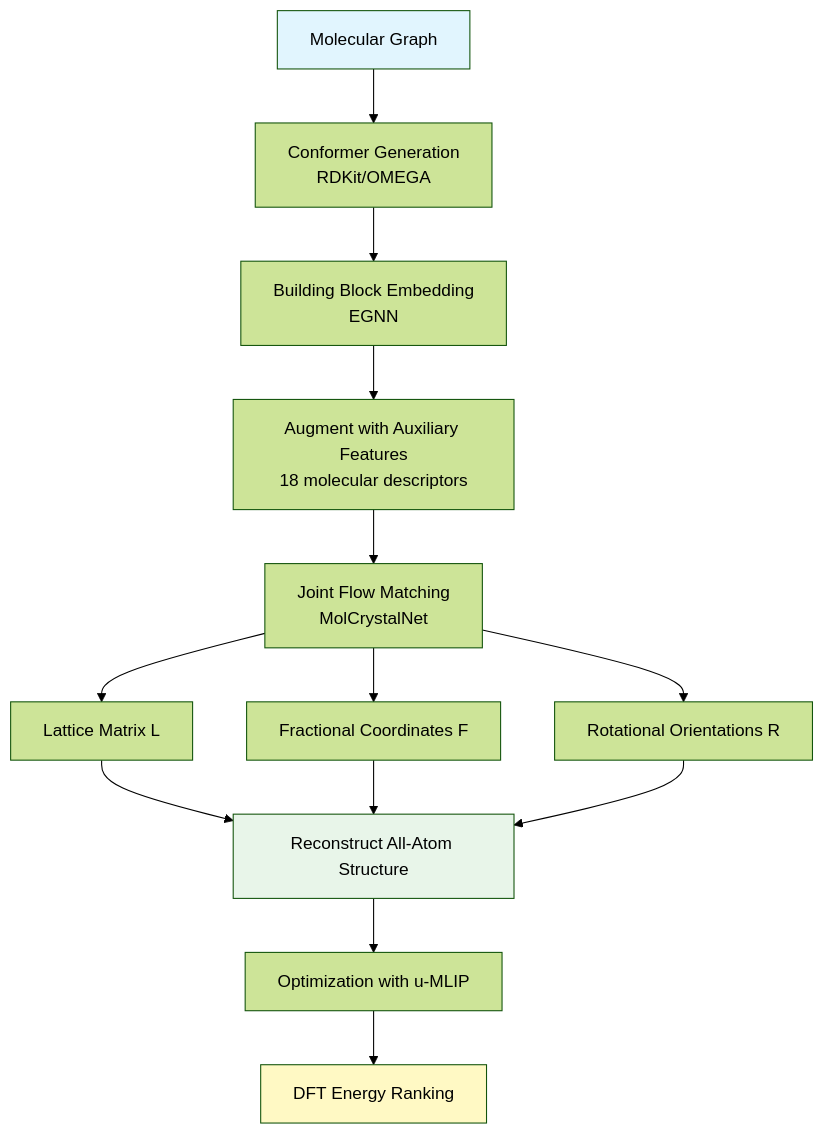
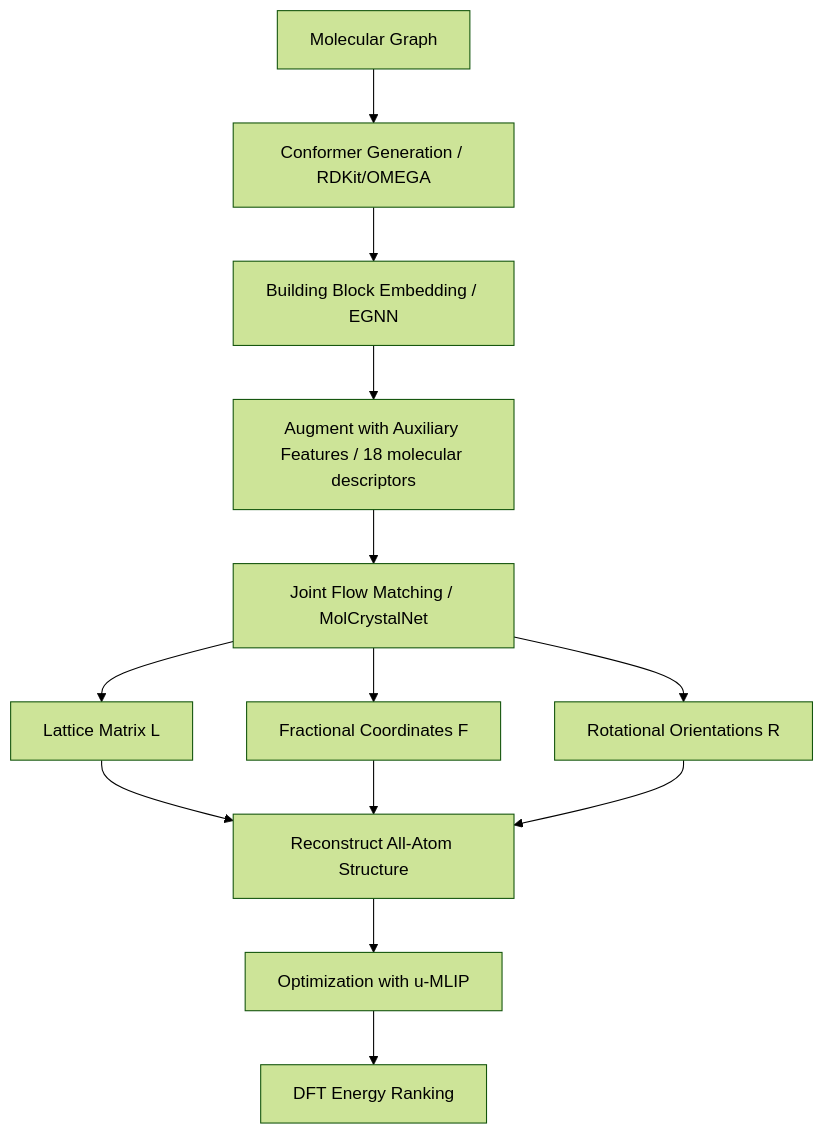
The diagram in _posts/2026-02-19-molcrystalflow-molecular-crystal-structure-prediction.md (eightmm/eightmm.github.io), drawn with Mermaid (forest theme) before and after one commit. The commit also changed other lines of this file and 10 other files, not shown here.

````diff
--- a/_posts/2026-02-19-molcrystalflow-molecular-crystal-structure-prediction.md
+++ b/_posts/2026-02-19-molcrystalflow-molecular-crystal-structure-prediction.md
@@ -76,19 +78,16 @@
 ```mermaid
 graph TD
-    A[Molecular Graph] --> B[Conformer Generation<br/>RDKit/OMEGA]
-    B --> C[Building Block Embedding<br/>EGNN]
-    C --> D[Augment with Auxiliary Features<br/>18 molecular descriptors]
-    D --> E[Joint Flow Matching<br/>MolCrystalNet]
+    A[Molecular Graph] --> B["Conformer Generation / RDKit/OMEGA"]
+    B --> C["Building Block Embedding / EGNN"]
+    C --> D["Augment with Auxiliary Features / 18 molecular descriptors"]
+    D --> E["Joint Flow Matching / MolCrystalNet"]
     E --> F1[Lattice Matrix L]
     E --> F2[Fractional Coordinates F]
     E --> F3[Rotational Orientations R]
     F1 --> G[Reconstruct All-Atom Structure]
     F2 --> G
     F3 --> G
     G --> H[Optimization with u-MLIP]
     H --> I[DFT Energy Ranking]
     
-    style A fill:#e1f5fe
-    style G fill:#e8f5e9
-    style I fill:#fff9c4
 ```
````
